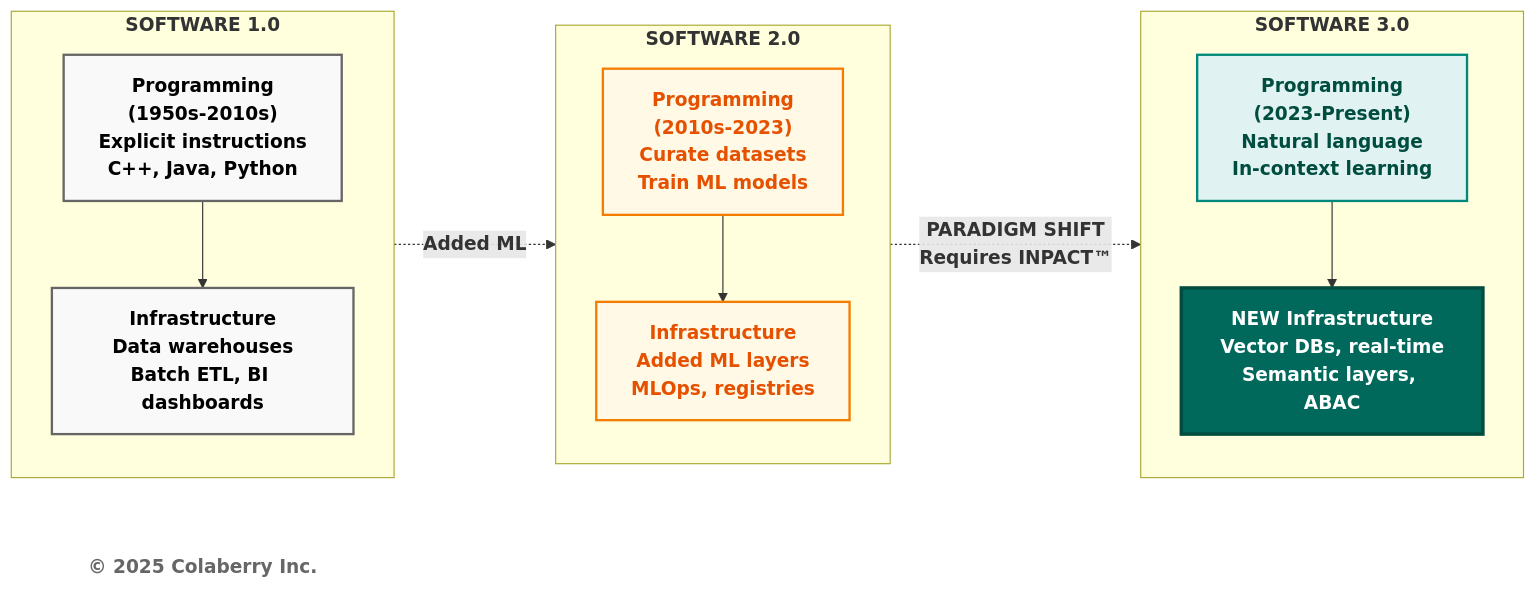
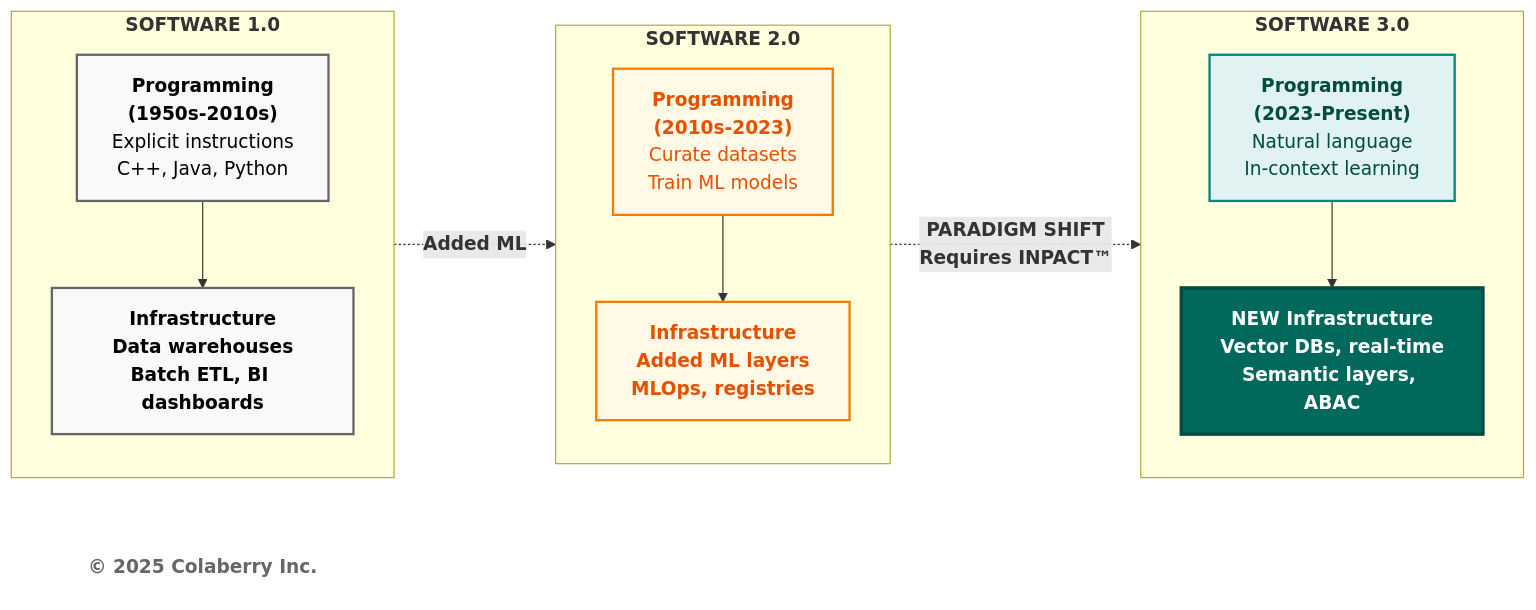
Before and after one commit to colaberry/trust-before-intelligence-book: the second of 4 diagrams in manuscript/04_chapter_3_from_bi_to_agent_v2_5.md, drawn with Mermaid.

Commit message:
Fixing the software evolution diagram
Fixing the software evolution diagram

````diff
--- a/manuscript/04_chapter_3_from_bi_to_agent_v2_5.md
+++ b/manuscript/04_chapter_3_from_bi_to_agent_v2_5.md
@@ -135,42 +135,42 @@
 ```mermaid
 graph LR
     subgraph era1["<b>SOFTWARE 1.0</b>"]
         direction TB
-        P1["<b>Programming</b><br/><b>(1950s-2010s)</b><br/><b>Explicit instructions</b><br/><b>C++, Java, Python</b>"]
+        P1["<b>Programming</b><br/><b>(1950s-2010s)</b><br/>Explicit instructions<br/>C++, Java, Python"]
         I1["<b>Infrastructure</b><br/><b>Data warehouses</b><br/><b>Batch ETL, BI dashboards</b>"]
         P1 --> I1
     end
     
     subgraph era2["<b>SOFTWARE 2.0</b>"]
         direction TB
-        P2["<b>Programming</b><br/><b>(2010s-2023)</b><br/><b>Curate datasets</b><br/><b>Train ML models</b>"]
+        P2["<b>Programming</b><br/><b>(2010s-2023)</b><br/>Curate datasets<br/>Train ML models"]
         I2["<b>Infrastructure</b><br/><b>Added ML layers</b><br/><b>MLOps, registries</b>"]
         P2 --> I2
     end
     
     subgraph era3["<b>SOFTWARE 3.0</b>"]
         direction TB
-        P3["<b>Programming</b><br/><b>(2023-Present)</b><br/><b>Natural language</b><br/><b>In-context learning</b>"]
+        P3["<b>Programming</b><br/><b>(2023-Present)</b><br/>Natural language<br/>In-context learning"]
         I3["<b>NEW Infrastructure</b><br/><b>Vector DBs, real-time</b><br/><b>Semantic layers, ABAC</b>"]
         P3 --> I3
     end
     
     Copyright["<b>© 2025 Colaberry Inc.</b>"]
     
     era1 -.->|<b>Added ML</b>| era2
     era2 -.->|<b>PARADIGM SHIFT <br> Requires INPACT™ </b>| era3
     
     %% Era 1 - Neutral/Gray (Old)
     style P1 fill:#f9f9f9,stroke:#666666,stroke-width:2px,color:#000000
     style I1 fill:#f9f9f9,stroke:#666666,stroke-width:2px,color:#000000
     
     %% Era 2 - Orange (Transition/ML Addition)
     style P2 fill:#fff9e6,stroke:#f57c00,stroke-width:2px,color:#e65100
     style I2 fill:#fff9e6,stroke:#f57c00,stroke-width:2px,color:#e65100
     
     %% Era 3 - Teal (Modern/Agent-Ready)
     style P3 fill:#e0f2f1,stroke:#00897b,stroke-width:2px,color:#004d40
     style I3 fill:#00695c,color:#ffffff,stroke:#004d40,stroke-width:3px
     
     style Copyright fill:#ffffff,stroke:none,color:#666666
 ```
````
